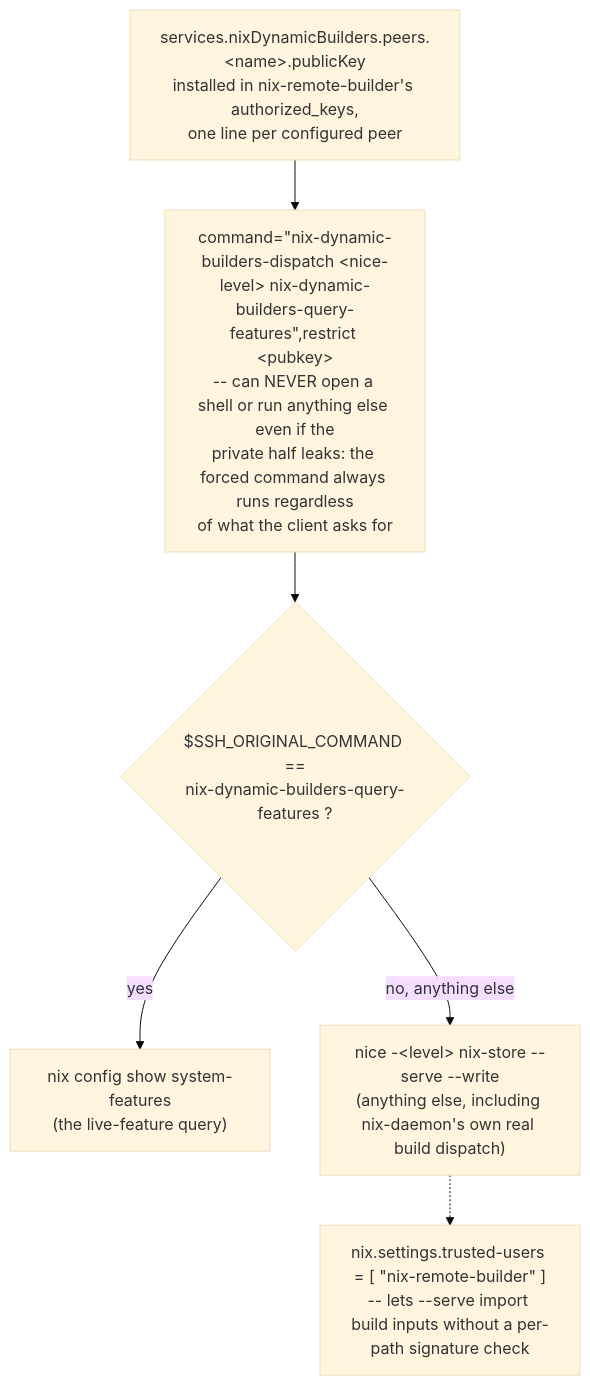
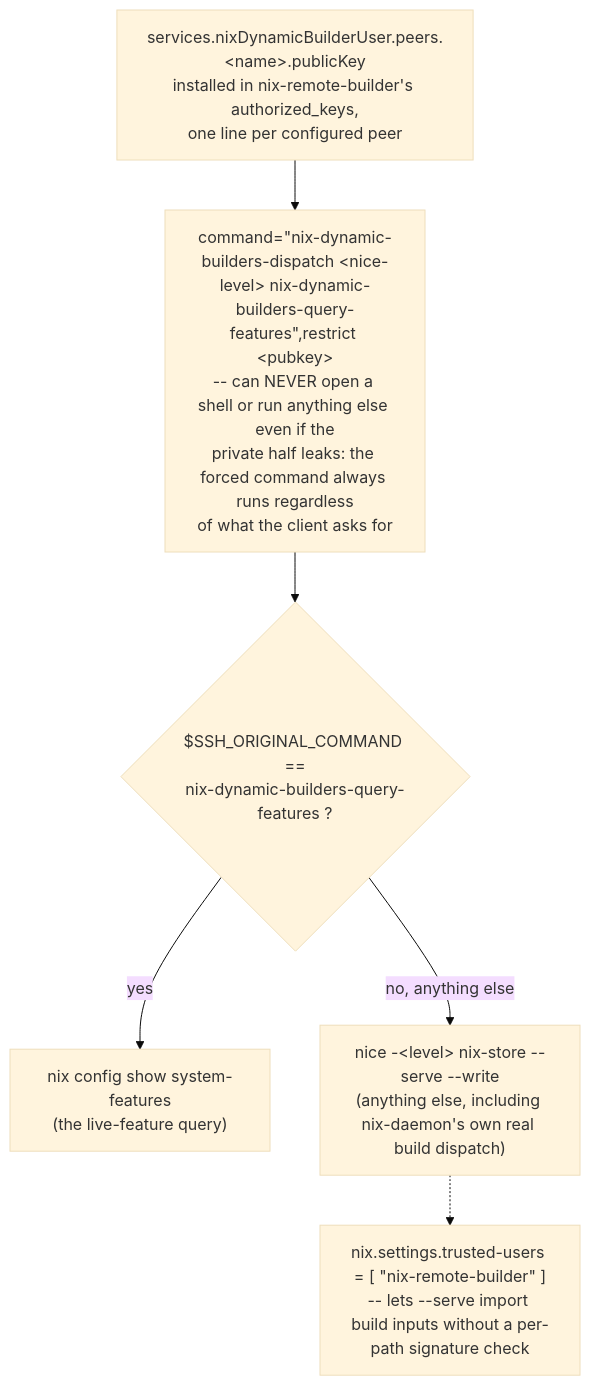
Before and after one commit to dvaerum/nixos-remote-builder-liveness-module: the second of 2 diagrams in README.md, drawn with Mermaid (base theme). The commit also changed other lines of this file and 2 other files, not shown here.

First line of the commit message:
Phase 4: docs for the independent builder-user service

````diff
--- a/README.md
+++ b/README.md
@@ -55,14 +55,14 @@
 ```mermaid
 flowchart TD
-    P["services.nixDynamicBuilders.peers.#60;name#62;.publicKey<br/>installed in nix-remote-builder's authorized_keys,<br/>one line per configured peer"]
+    P["services.nixDynamicBuilderUser.peers.#60;name#62;.publicKey<br/>installed in nix-remote-builder's authorized_keys,<br/>one line per configured peer"]
     Q["command=#34;nix-dynamic-builders-dispatch #60;nice-level#62; nix-dynamic-builders-query-features#34;,restrict #60;pubkey#62;<br/>-- can NEVER open a shell or run anything else even if the<br/>private half leaks: the forced command always runs regardless<br/>of what the client asks for"]
     R{"$SSH_ORIGINAL_COMMAND ==<br/>nix-dynamic-builders-query-features ?"}
     S["nix config show system-features<br/>(the live-feature query)"]
     T["nice -#60;level#62; nix-store --serve --write<br/>(anything else, including nix-daemon's own real build dispatch)"]
     U["nix.settings.trusted-users = [ #34;nix-remote-builder#34; ]<br/>-- lets --serve import build inputs without a per-path signature check"]
 
     P --> Q --> R
     R -->|"yes"| S
     R -->|"no, anything else"| T
     T -.-> U
 ```
````
